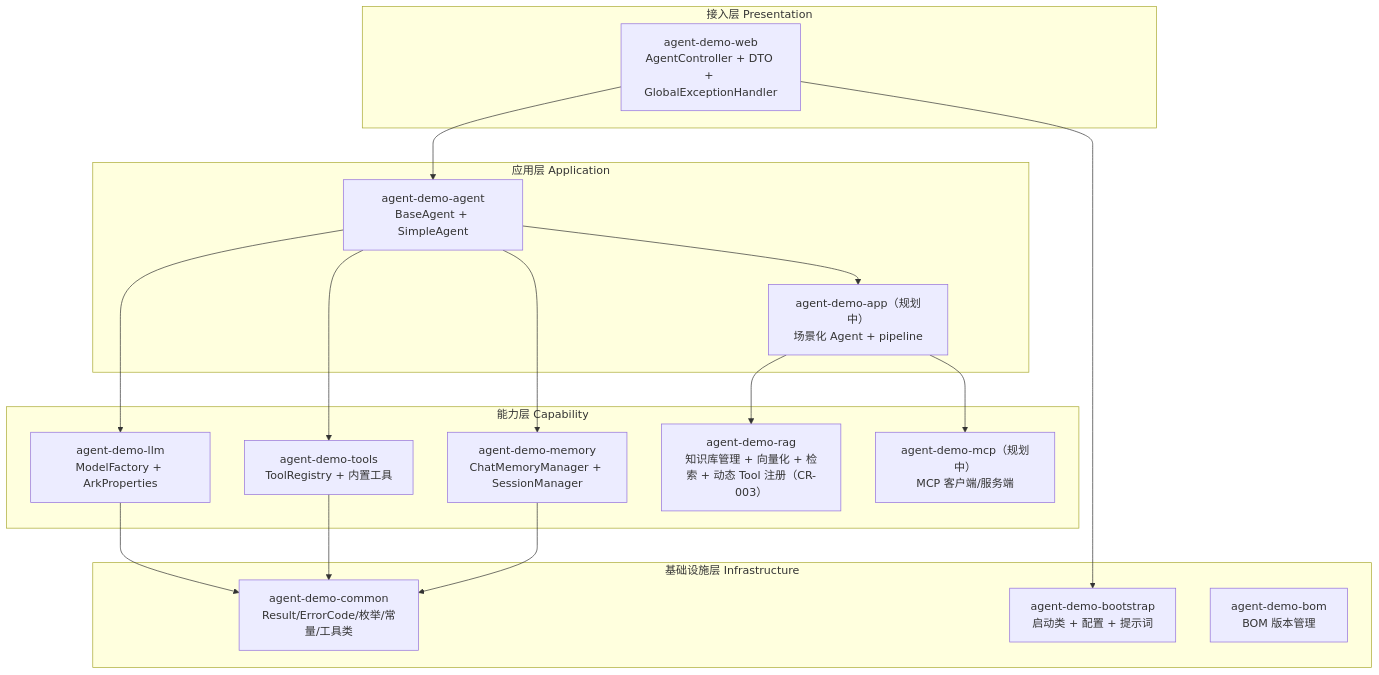
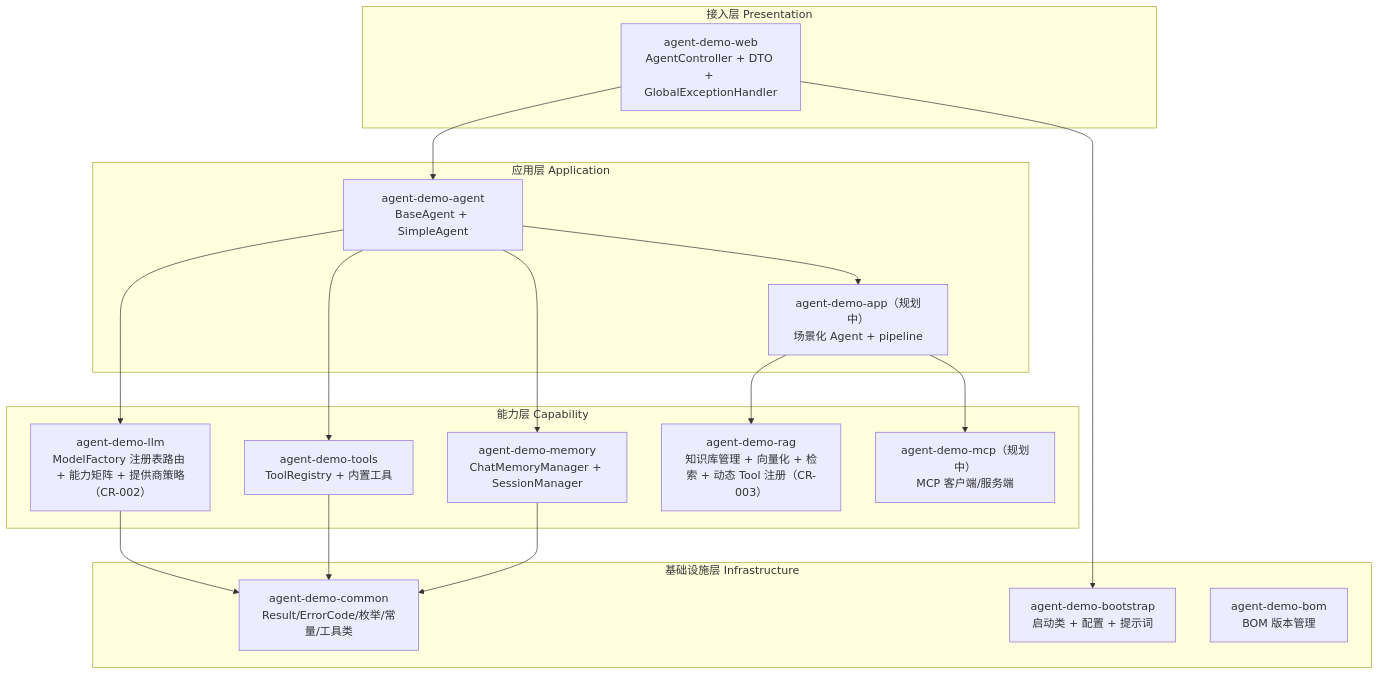
The fourth of 10 diagrams in specs/技术架构文档-TOGAF.md (zxchengQQ/agent_demo), drawn with Mermaid before and after one commit. The commit also changed other lines of this file and 65 other files, not shown here.

````diff
--- a/specs/技术架构文档-TOGAF.md
+++ b/specs/技术架构文档-TOGAF.md
@@ -158,37 +160,37 @@
 ```mermaid
 graph TD
     subgraph "接入层 Presentation"
         A["agent-demo-web<br/>AgentController + DTO + GlobalExceptionHandler"]
     end
 
     subgraph "应用层 Application"
         B["agent-demo-agent<br/>BaseAgent + SimpleAgent"]
         C["agent-demo-app（规划中）<br/>场景化 Agent + pipeline"]
     end
 
     subgraph "能力层 Capability"
-        D["agent-demo-llm<br/>ModelFactory + ArkProperties"]
+        D["agent-demo-llm<br/>ModelFactory 注册表路由 + 能力矩阵 + 提供商策略（CR-002）"]
         E["agent-demo-tools<br/>ToolRegistry + 内置工具"]
         F["agent-demo-memory<br/>ChatMemoryManager + SessionManager"]
         G["agent-demo-rag<br/>知识库管理 + 向量化 + 检索 + 动态 Tool 注册（CR-003）"]
         H["agent-demo-mcp（规划中）<br/>MCP 客户端/服务端"]
     end
 
     subgraph "基础设施层 Infrastructure"
         I["agent-demo-common<br/>Result/ErrorCode/枚举/常量/工具类"]
         J["agent-demo-bootstrap<br/>启动类 + 配置 + 提示词"]
         K["agent-demo-bom<br/>BOM 版本管理"]
     end
 
     A --> B
     B --> D
     B --> E
     B --> F
     B --> C
     C --> G
     C --> H
     D --> I
     E --> I
     F --> I
     A --> J
 ```
````
